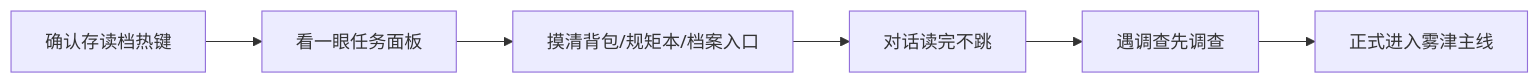
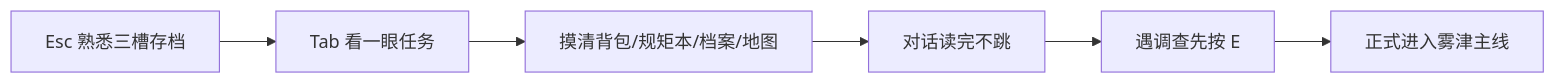
Before and after one commit to wubugui/GDoc: the diagram in docs/player/tips.md, drawn with Mermaid. The commit also changed other lines of this file and 39 other files, not shown here.

````diff
--- a/docs/player/tips.md
+++ b/docs/player/tips.md
@@ -31,8 +31,8 @@
 ```mermaid
 flowchart LR
-  A[确认存读档热键] --> B[看一眼任务面板]
-  B --> C[摸清背包/规矩本/档案入口]
+  A[Esc 熟悉三槽存档] --> B[Tab 看一眼任务]
+  B --> C[摸清背包/规矩本/档案/地图]
   C --> D[对话读完不跳]
-  D --> E[遇调查先调查]
+  D --> E[遇调查先按 E]
   E --> F[正式进入雾津主线]
 ```
````
